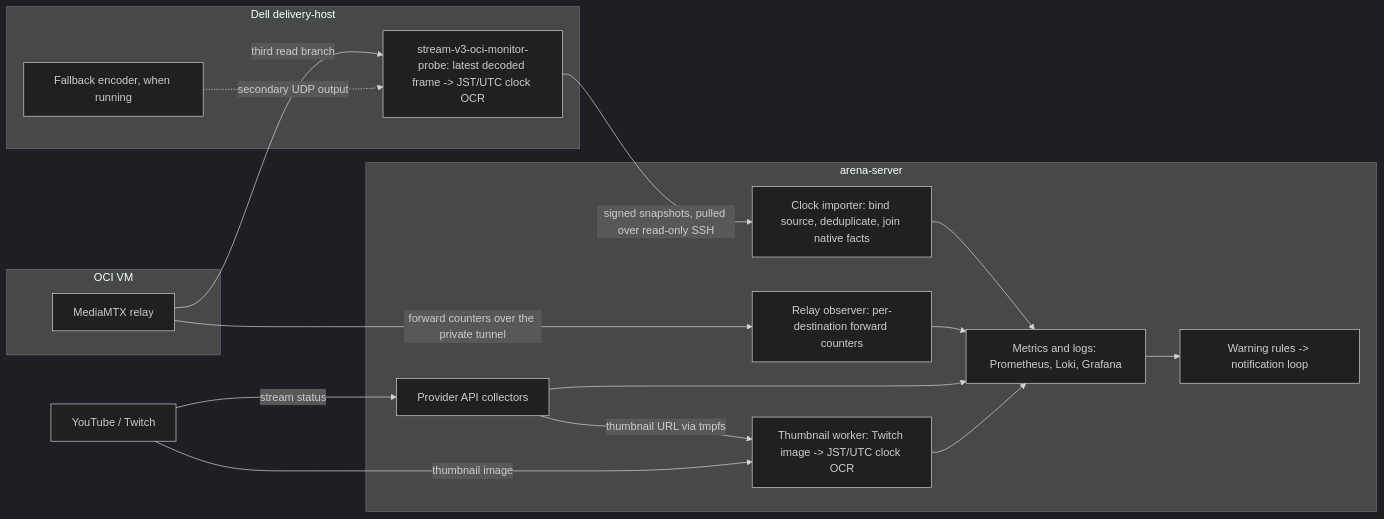
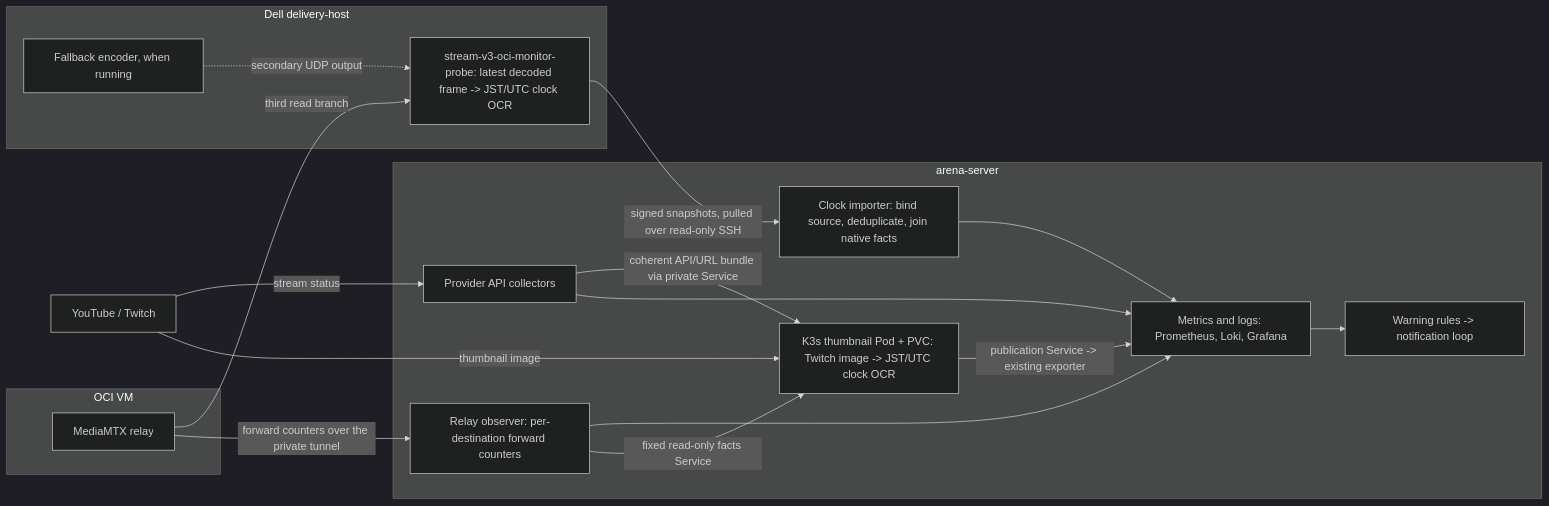
Before and after one commit to yukimurata0421/live-stream-systems-case-study: the fourth of 5 diagrams in docs/architecture.md, drawn with Mermaid (dark theme). The commit also changed other lines of this file and 15 other files, not shown here.

````diff
--- a/docs/architecture.md
+++ b/docs/architecture.md
@@ -151,31 +151,32 @@
 ```mermaid
 flowchart LR
     subgraph OCI["OCI VM"]
         MTX["MediaMTX relay"]
     end
     subgraph DELL["Dell delivery-host"]
         FBENC["Fallback encoder, when running"]
         PROBE["stream-v3-oci-monitor-probe: latest decoded frame -> JST/UTC clock OCR"]
     end
     PLAT["YouTube / Twitch"]
     subgraph ARENA["arena-server"]
         IMP["Clock importer: bind source, deduplicate, join native facts"]
         NAT["Relay observer: per-destination forward counters"]
         API["Provider API collectors"]
-        THUMB["Thumbnail worker: Twitch image -> JST/UTC clock OCR"]
+        THUMB["K3s thumbnail Pod + PVC: Twitch image -> JST/UTC clock OCR"]
         PROM["Metrics and logs: Prometheus, Loki, Grafana"]
         ALERT["Warning rules -> notification loop"]
     end
     MTX -->|"third read branch"| PROBE
     FBENC -. "secondary UDP output" .-> PROBE
     PROBE -->|"signed snapshots, pulled over read-only SSH"| IMP
     MTX -->|"forward counters over the private tunnel"| NAT
     PLAT -->|"stream status"| API
-    API -->|"thumbnail URL via tmpfs"| THUMB
+    API -->|"coherent API/URL bundle via private Service"| THUMB
     PLAT -->|"thumbnail image"| THUMB
     IMP --> PROM
     NAT --> PROM
     API --> PROM
-    THUMB --> PROM
+    NAT -->|"fixed read-only facts Service"| THUMB
+    THUMB -->|"publication Service -> existing exporter"| PROM
     PROM --> ALERT
 ```
````
